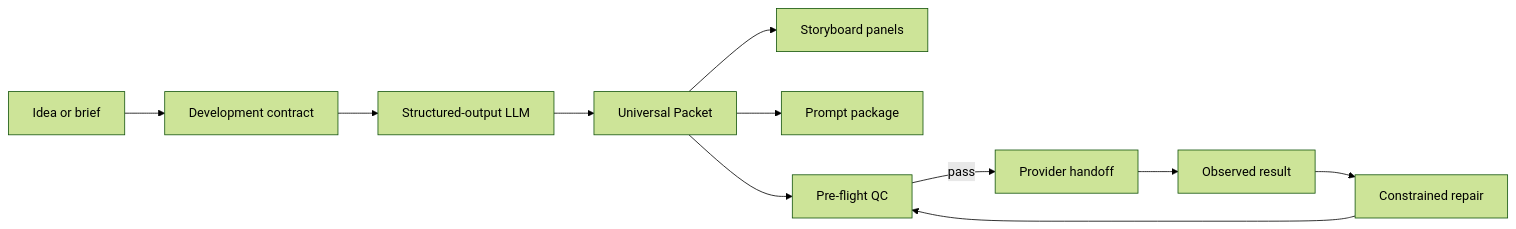
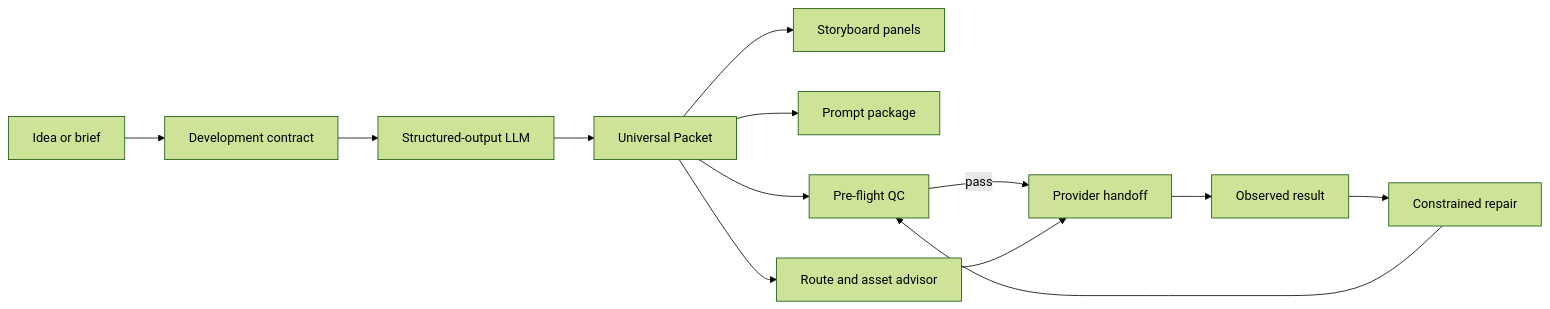
Before and after one commit to shrishmanglik/auteur-frameworks: the diagram in README.md, drawn with Mermaid (forest theme). The commit also changed other lines of this file and 34 other files, not shown here.

````diff
--- a/README.md
+++ b/README.md
@@ -181,13 +186,15 @@
 ```mermaid
 flowchart LR
     A["Idea or brief"] --> B["Development contract"]
     B --> C["Structured-output LLM"]
     C --> D["Universal Packet"]
     D --> E["Storyboard panels"]
     D --> F["Prompt package"]
     D --> G["Pre-flight QC"]
+    D --> R["Route and asset advisor"]
     G -->|"pass"| H["Provider handoff"]
+    R --> H
     H --> I["Observed result"]
     I --> J["Constrained repair"]
     J --> G
 ```
````
